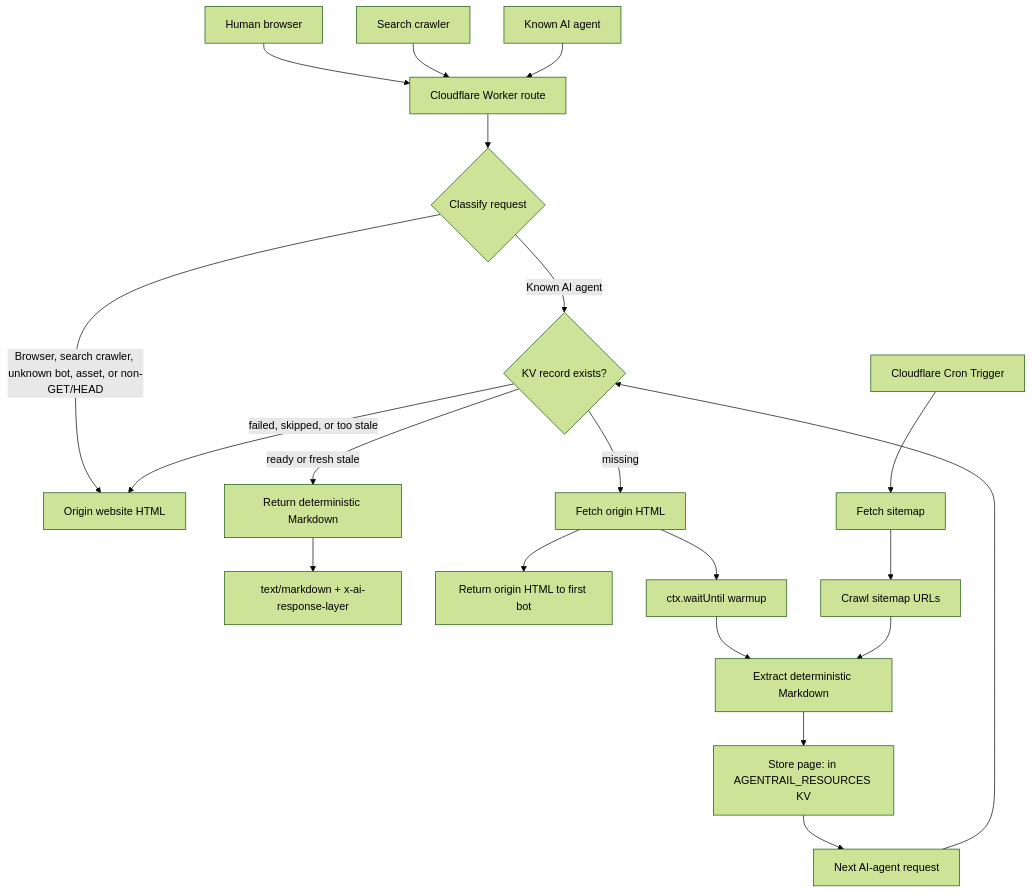
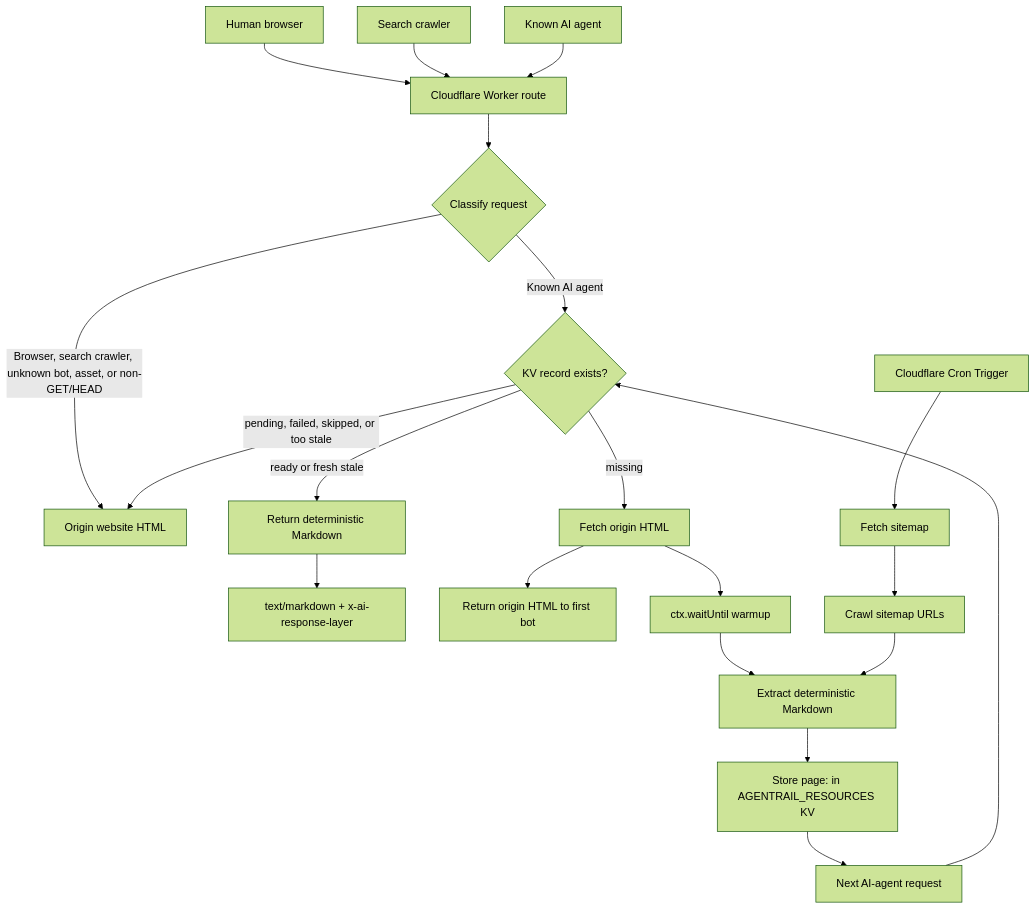
One commit to gharibyan/agentrail changed the diagram in README.md. Above: the diagram before and after it, drawn with Mermaid (forest theme). The commit also changed other lines of this file, not shown here.

````diff
--- a/README.md
+++ b/README.md
@@ -16,27 +16,27 @@
 ```mermaid
 flowchart TD
   browser["Human browser"] --> worker["Cloudflare Worker route"]
   search["Search crawler"] --> worker
   ai["Known AI agent"] --> worker
 
   worker --> classify{"Classify request"}
   classify -->|"Browser, search crawler, unknown bot, asset, or non-GET/HEAD"| origin["Origin website HTML"]
   classify -->|"Known AI agent"| kvcheck{"KV record exists?"}
 
   kvcheck -->|"ready or fresh stale"| markdown["Return deterministic Markdown"]
   markdown --> headers["text/markdown + x-ai-response-layer"]
 
   kvcheck -->|"missing"| originfetch["Fetch origin HTML"]
   originfetch --> firstbot["Return origin HTML to first bot"]
   originfetch --> waituntil["ctx.waitUntil warmup"]
   waituntil --> extract["Extract deterministic Markdown"]
-  extract --> store["Store page:<canonical-url> in AGENTRAIL_RESOURCES KV"]
+  extract --> store["Store page:<normalized-url> in AGENTRAIL_RESOURCES KV"]
 
-  kvcheck -->|"failed, skipped, or too stale"| origin
+  kvcheck -->|"pending, failed, skipped, or too stale"| origin
   cron["Cloudflare Cron Trigger"] --> sitemap["Fetch sitemap"]
   sitemap --> crawl["Crawl sitemap URLs"]
   crawl --> extract
 
   store --> nextbot["Next AI-agent request"]
   nextbot --> kvcheck
 ```
````
